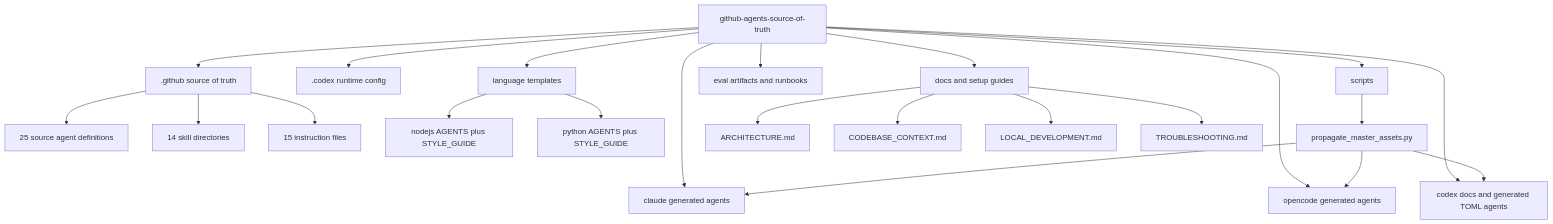
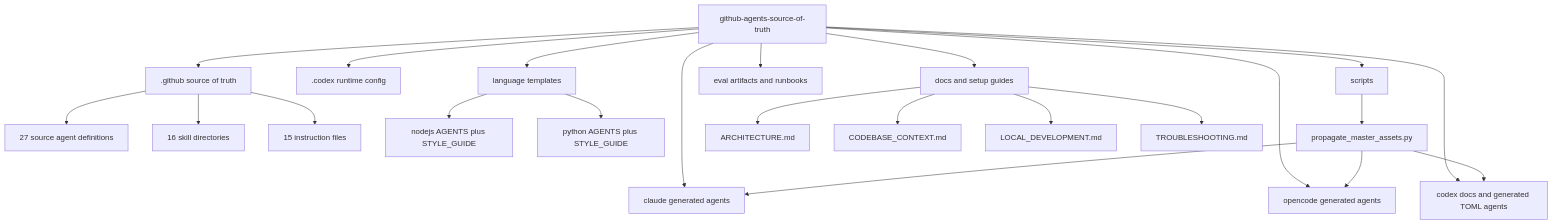
The first of 3 diagrams in docs/ARCHITECTURE.md (threnjen/thren-agentic-workflows), drawn with Mermaid before and after one commit. The commit also changed other lines of this file and 2 other files, not shown here.

````diff
--- a/docs/ARCHITECTURE.md
+++ b/docs/ARCHITECTURE.md
@@ -17,31 +17,31 @@
 ```mermaid
 flowchart TD
     Root[github-agents-source-of-truth]
 
     Root --> GH[.github source of truth]
     Root --> Claude[claude generated agents]
     Root --> OpenCode[opencode generated agents]
     Root --> Codex[codex docs and generated TOML agents]
     Root --> Runtime[.codex runtime config]
     Root --> Templates[language templates]
     Root --> Docs[docs and setup guides]
     Root --> Eval[eval artifacts and runbooks]
     Root --> Scripts[scripts]
 
-    GH --> GHAgents[25 source agent definitions]
-    GH --> GHSkills[14 skill directories]
+    GH --> GHAgents[27 source agent definitions]
+    GH --> GHSkills[16 skill directories]
     GH --> GHInstructions[15 instruction files]
 
     Templates --> Node[nodejs AGENTS plus STYLE_GUIDE]
     Templates --> Python[python AGENTS plus STYLE_GUIDE]
 
     Scripts --> Propagate[propagate_master_assets.py]
     Propagate --> Claude
     Propagate --> OpenCode
     Propagate --> Codex
 
     Docs --> ArchitectureDoc[ARCHITECTURE.md]
     Docs --> ContextDoc[CODEBASE_CONTEXT.md]
     Docs --> LocalDevDoc[LOCAL_DEVELOPMENT.md]
     Docs --> TroubleshootingDoc[TROUBLESHOOTING.md]
 ```
````
